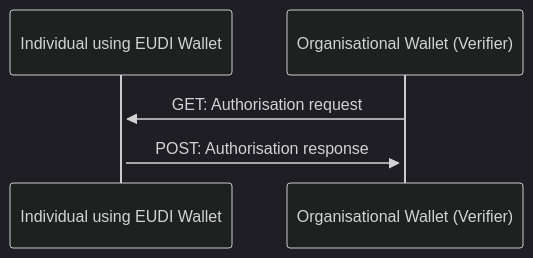
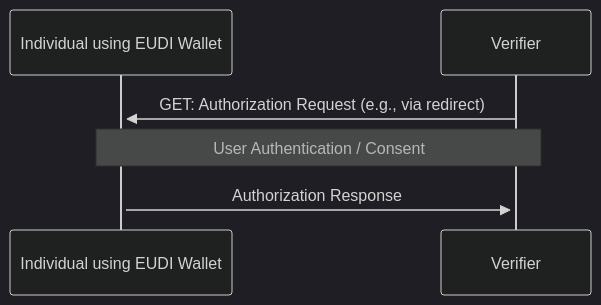
One commit to EWC-consortium/eudi-wallet-rfcs changed the first of 2 diagrams in ewc-rfc002-present-verifiable-credentials.md. Above: the diagram before and after it, drawn with Mermaid (dark theme). The commit also changed other lines of this file, not shown here.

````diff
--- a/ewc-rfc002-present-verifiable-credentials.md
+++ b/ewc-rfc002-present-verifiable-credentials.md
@@ -51,8 +71,9 @@
 ```mermaid
   sequenceDiagram
       participant I as Individual using EUDI Wallet
-      participant O as Organisational Wallet (Verifier)
+      participant V as Verifier
 
-      O->>+I: GET: Authorisation request
-      I->>+O: POST: Authorisation response
+      V->>+I: GET: Authorization Request (e.g., via redirect)
+      Note over I,V: User Authentication / Consent
+      I->>+V: Authorization Response
 ```
````
